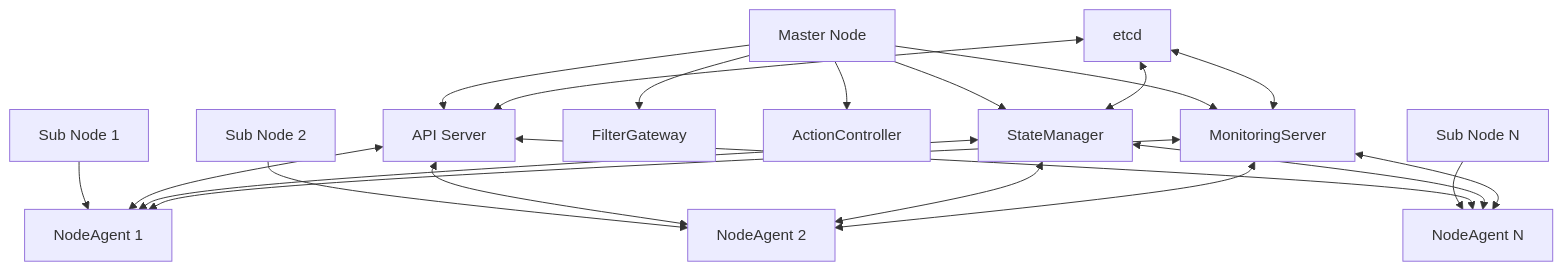
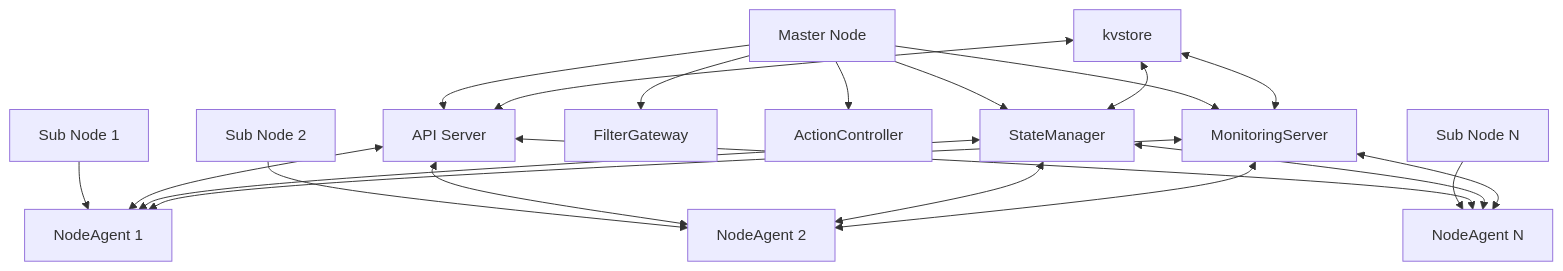
One commit to eclipse-pullpiri/pullpiri changed the first of 3 diagrams in doc/architecture/EN/HLD/pullpiri_clustering.md. Above: the diagram before and after it, drawn with Mermaid. The commit also changed other lines of this file and 8 other files, not shown here.

Commit message:
Update documentation to replace 'etcd' with 'kvstore' across multiple files

````diff
--- a/doc/architecture/EN/HLD/pullpiri_clustering.md
+++ b/doc/architecture/EN/HLD/pullpiri_clustering.md
@@ -74,23 +74,23 @@
 ```mermaid
 graph TD
     A[Master Node] --> B[API Server]
     A --> C[StateManager]
     A --> D[MonitoringServer]
     A --> E[FilterGateway]
     A --> F[ActionController]
     G[Sub Node 1] --> H[NodeAgent 1]
     I[Sub Node 2] --> J[NodeAgent 2]
     K[Sub Node N] --> L[NodeAgent N]
     B <--> H
     B <--> J
     B <--> L
     C <--> H
     C <--> J
     C <--> L
     D <--> H
     D <--> J
     D <--> L
-    M[etcd] <--> B
+    M[kvstore] <--> B
     M <--> C
     M <--> D
 ```
````
